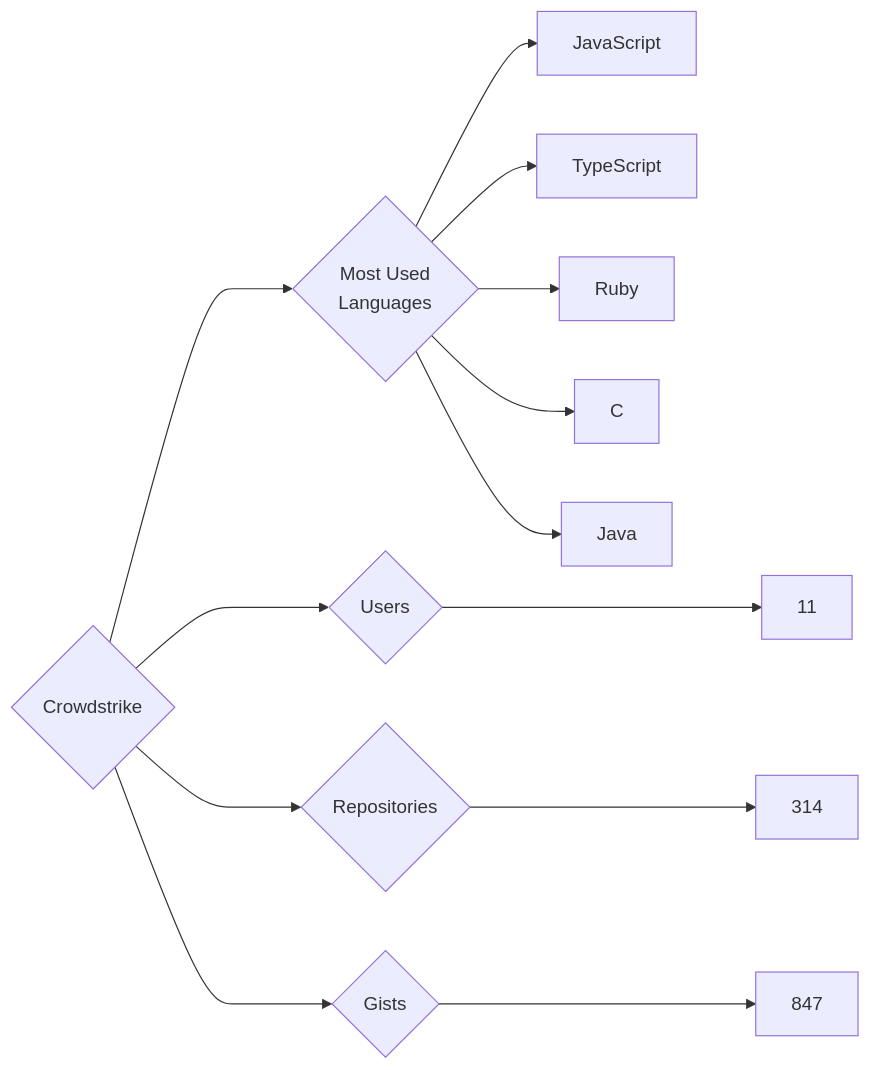
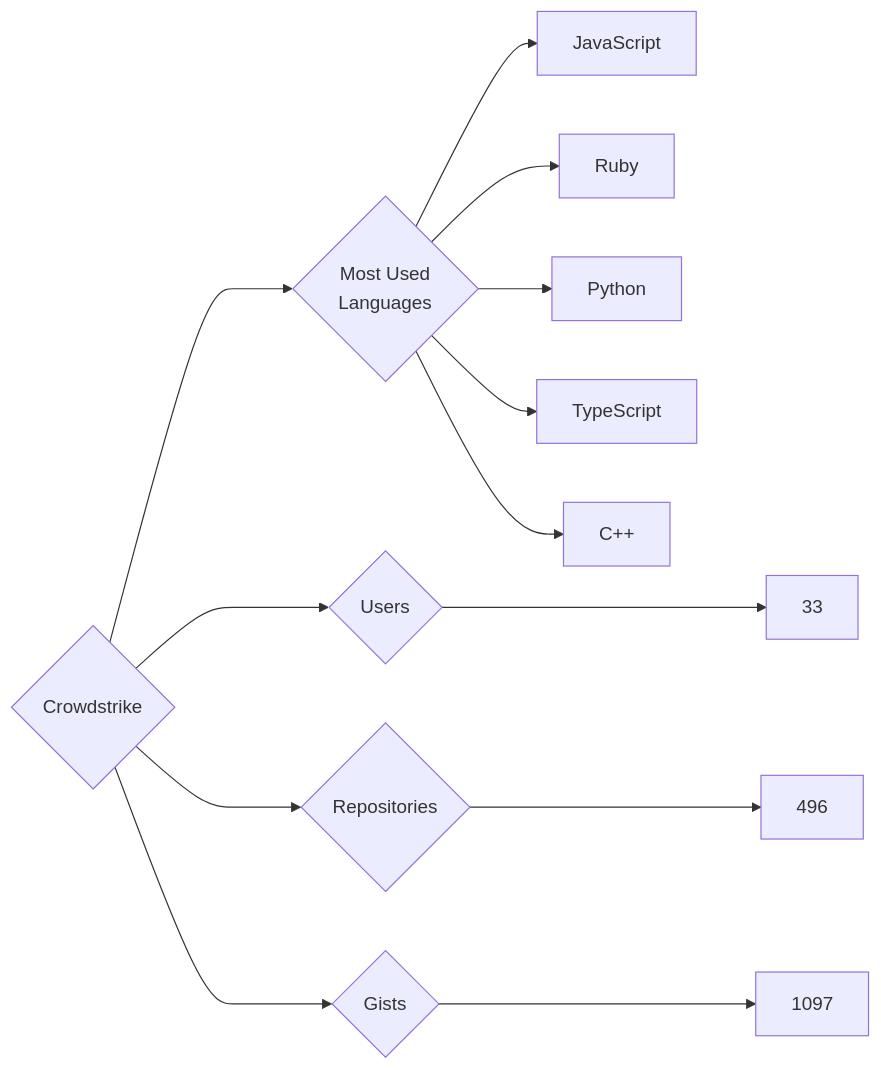
The diagram in targets/Crowdstrike/README.md (trickest/insiders), drawn with Mermaid before and after one commit. The commit also changed 924 other files, not shown here.

````diff
--- a/targets/Crowdstrike/README.md
+++ b/targets/Crowdstrike/README.md
@@ -3,13 +3,13 @@
 ```mermaid
 graph LR
 COMPANY_NAME{Crowdstrike}
-COMPANY_NAME ---> U{Users} ---> UN[11]
-COMPANY_NAME ---> R{Repositories} ---> RN[314]
-COMPANY_NAME ---> G{Gists} ---> GN[847]
+COMPANY_NAME ---> U{Users} ---> UN[33]
+COMPANY_NAME ---> R{Repositories} ---> RN[496]
+COMPANY_NAME ---> G{Gists} ---> GN[1097]
 COMPANY_NAME ---> ML{Most Used<br>Languages}
 ML --> JavaScript[JavaScript]
+ML --> Ruby[Ruby]
+ML --> Python[Python]
 ML --> TypeScript[TypeScript]
-ML --> Ruby[Ruby]
-ML --> C[C]
-ML --> Java[Java]
+ML --> C++[C++]
 ```
````
